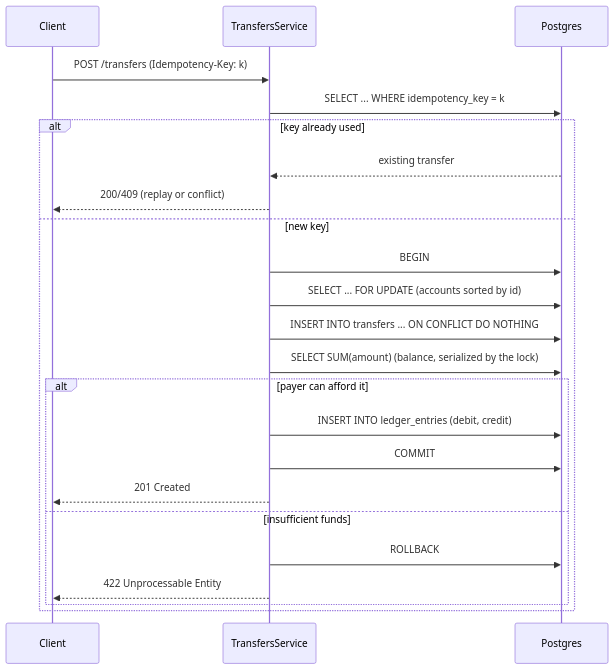
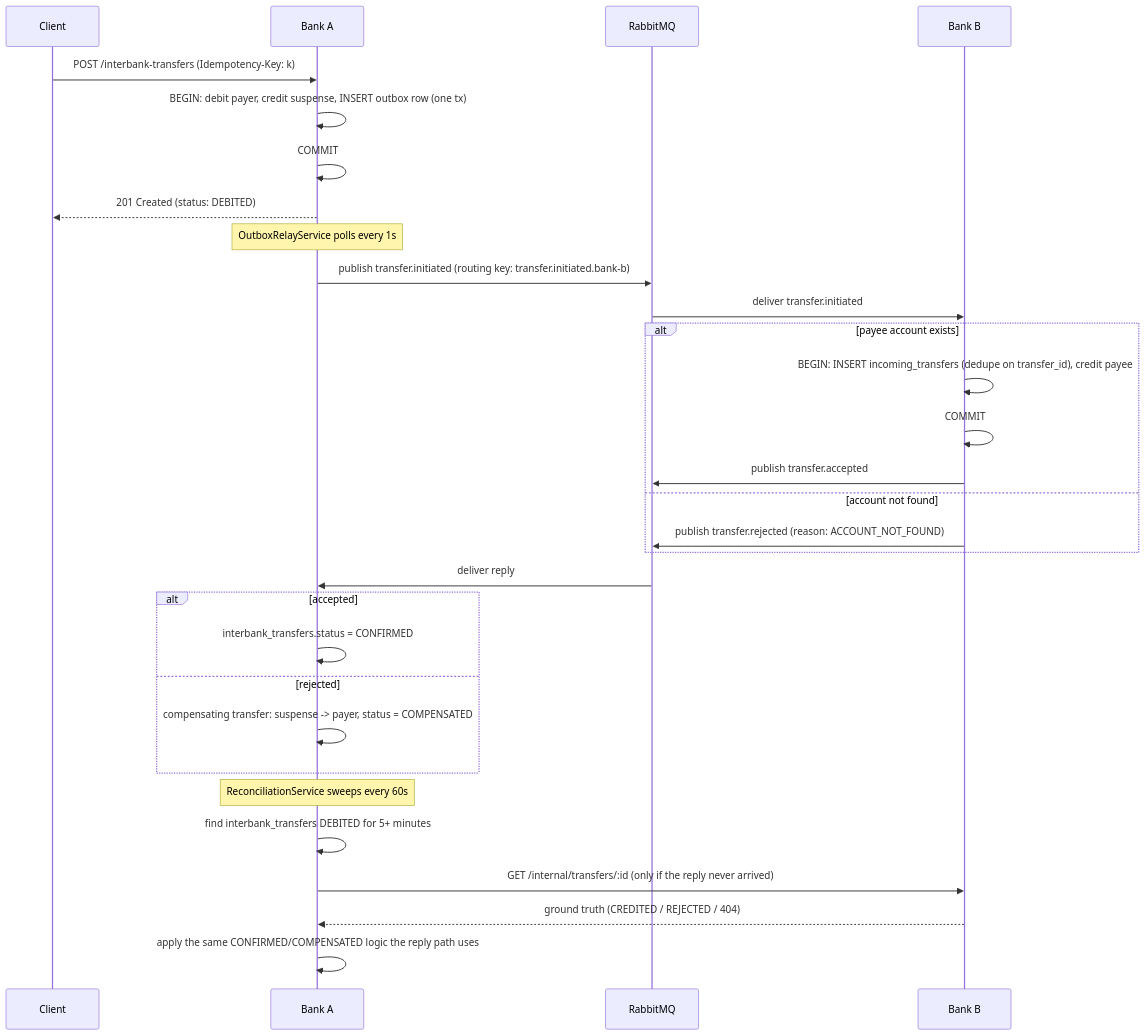
Before and after one commit to willianmonteiro/distributed-payment-ledger: the first of 2 diagrams in README.md, drawn with Mermaid. The commit also changed other lines of this file, not shown here.

First line of the commit message:
docs: two-bank architecture

````diff
--- a/README.md
+++ b/README.md
@@ -35,26 +51,33 @@
 ```mermaid
 sequenceDiagram
     participant C as Client
-    participant S as TransfersService
-    participant DB as Postgres
+    participant A as Bank A
+    participant MQ as RabbitMQ
+    participant B as Bank B
 
-    C->>S: POST /transfers (Idempotency-Key: k)
-    S->>DB: SELECT ... WHERE idempotency_key = k
-    alt key already used
-        DB-->>S: existing transfer
-        S-->>C: 200/409 (replay or conflict)
-    else new key
-        S->>DB: BEGIN
-        S->>DB: SELECT ... FOR UPDATE (accounts sorted by id)
-        S->>DB: INSERT INTO transfers ... ON CONFLICT DO NOTHING
-        S->>DB: SELECT SUM(amount) (balance, serialized by the lock)
-        alt payer can afford it
-            S->>DB: INSERT INTO ledger_entries (debit, credit)
-            S->>DB: COMMIT
-            S-->>C: 201 Created
-        else insufficient funds
-            S->>DB: ROLLBACK
-            S-->>C: 422 Unprocessable Entity
-        end
+    C->>A: POST /interbank-transfers (Idempotency-Key: k)
+    A->>A: BEGIN: debit payer, credit suspense, INSERT outbox row (one tx)
+    A->>A: COMMIT
+    A-->>C: 201 Created (status: DEBITED)
+    Note over A: OutboxRelayService polls every 1s
+    A->>MQ: publish transfer.initiated (routing key: transfer.initiated.bank-b)
+    MQ->>B: deliver transfer.initiated
+    alt payee account exists
+        B->>B: BEGIN: INSERT incoming_transfers (dedupe on transfer_id), credit payee
+        B->>B: COMMIT
+        B->>MQ: publish transfer.accepted
+    else account not found
+        B->>MQ: publish transfer.rejected (reason: ACCOUNT_NOT_FOUND)
     end
+    MQ->>A: deliver reply
+    alt accepted
+        A->>A: interbank_transfers.status = CONFIRMED
+    else rejected
+        A->>A: compensating transfer: suspense -> payer, status = COMPENSATED
+    end
+    Note over A: ReconciliationService sweeps every 60s
+    A->>A: find interbank_transfers DEBITED for 5+ minutes
+    A->>B: GET /internal/transfers/:id (only if the reply never arrived)
+    B-->>A: ground truth (CREDITED / REJECTED / 404)
+    A->>A: apply the same CONFIRMED/COMPENSATED logic the reply path uses
 ```
````
